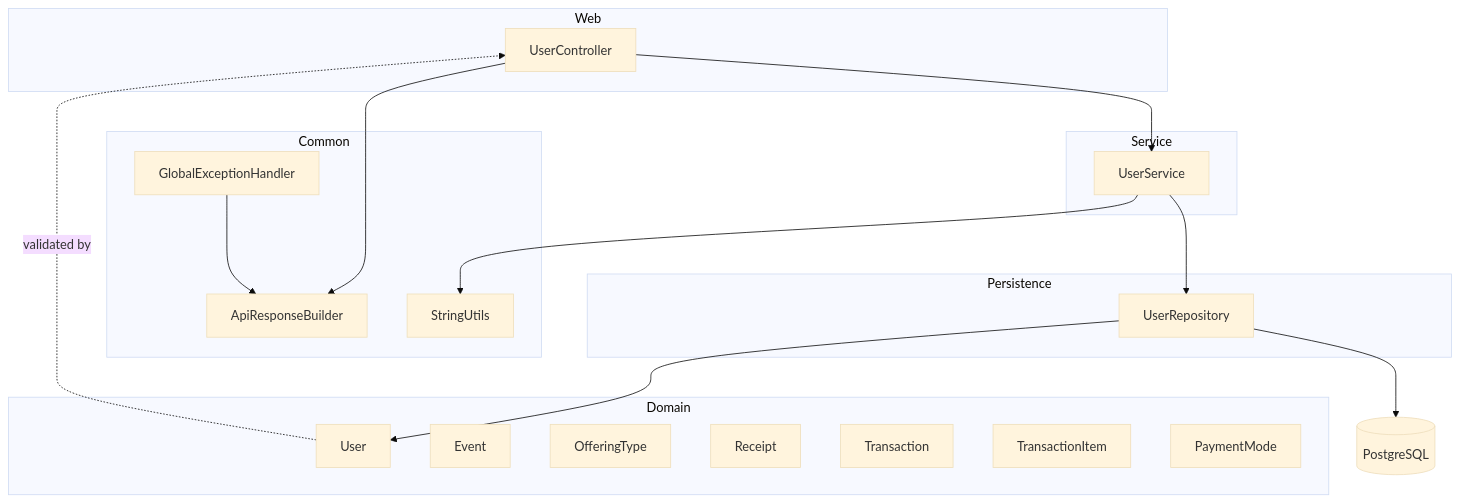
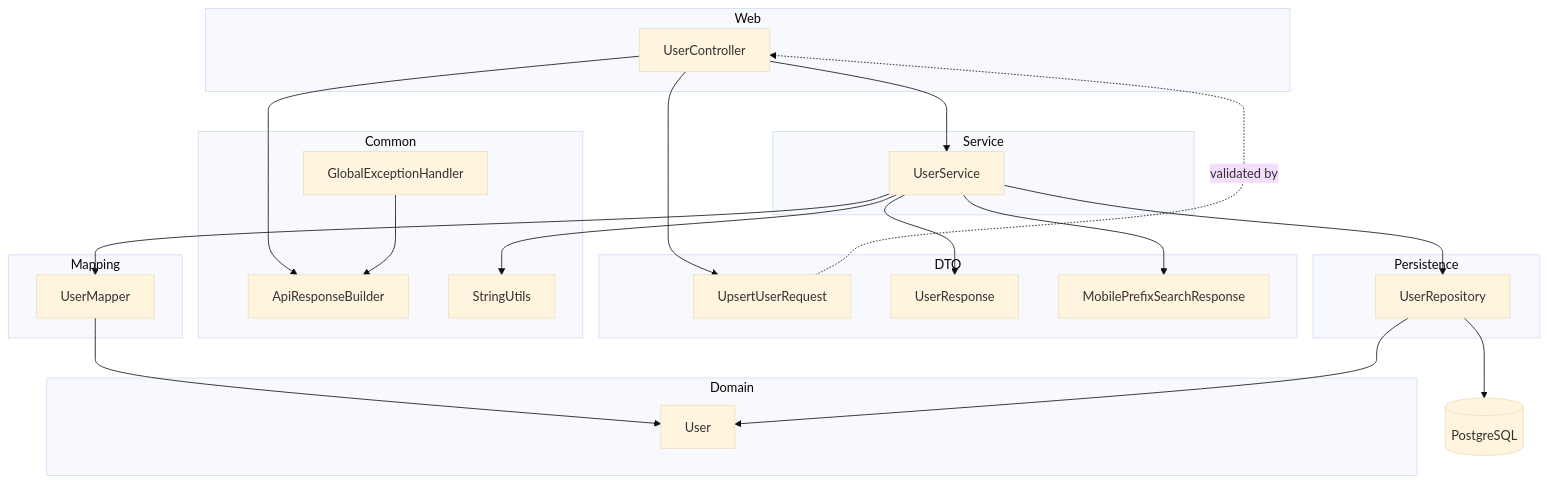
Before and after one commit to DKLokeswaran/db-backend: the diagram in docs/architecture.md, drawn with Mermaid (base theme). The commit also changed other lines of this file and 15 other files, not shown here.

Commit message:
added dto layer and mappers for User module

````diff
--- a/docs/architecture.md
+++ b/docs/architecture.md
@@ -26,34 +29,41 @@
 ```mermaid
 flowchart TB
   subgraph Web
     UC[UserController]
   end
+  subgraph DTO
+    REQ[UpsertUserRequest]
+    RES[UserResponse]
+    MPS[MobilePrefixSearchResponse]
+  end
   subgraph Service
     US[UserService]
+  end
+  subgraph Mapping
+    UM[UserMapper]
   end
   subgraph Common
     ARB[ApiResponseBuilder]
     SU[StringUtils]
     GEH[GlobalExceptionHandler]
   end
   subgraph Persistence
     UR[UserRepository]
   end
   subgraph Domain
     U[User]
-    E[Event]
-    OT[OfferingType]
-    R[Receipt]
-    T[Transaction]
-    TI[TransactionItem]
-    PM[PaymentMode]
   end
+  UC --> REQ
   UC --> US
+  US --> UM
+  UM --> U
   US --> SU
   US --> UR
+  US --> RES
+  US --> MPS
   UC --> ARB
   GEH --> ARB
   UR --> U
   UR --> DB[(PostgreSQL)]
-  U -.validated by.-> UC
+  REQ -.validated by.-> UC
 ```
````
